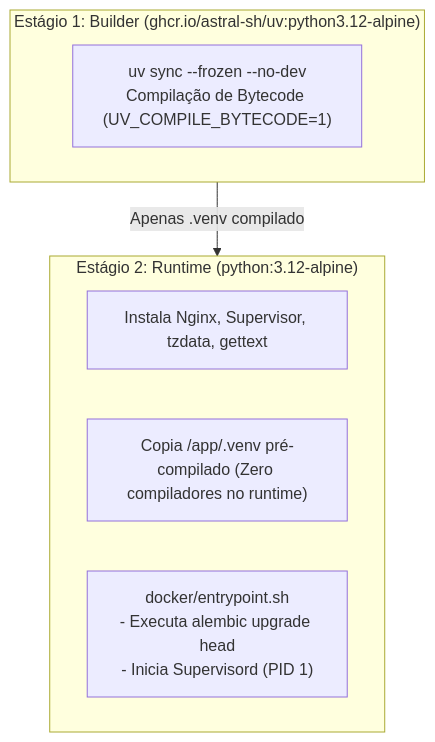
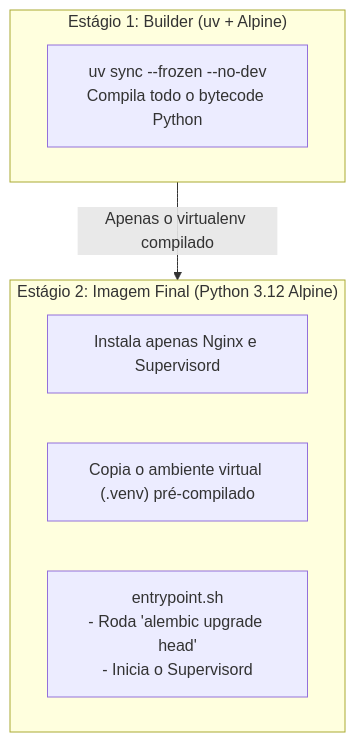
The first of 2 diagrams in docs/deployment.md (JhonatanRian/webhook-payment), drawn with Mermaid before and after one commit. The commit also changed other lines of this file and 12 other files, not shown here.

````diff
--- a/docs/deployment.md
+++ b/docs/deployment.md
@@ -11,14 +11,14 @@
 ```mermaid
 flowchart TD
-    subgraph Builder ["Estágio 1: Builder (ghcr.io/astral-sh/uv:python3.12-alpine)"]
-        SYNC["uv sync --frozen --no-dev\nCompilação de Bytecode (UV_COMPILE_BYTECODE=1)"]
+    subgraph Builder ["Estágio 1: Builder (uv + Alpine)"]
+        SYNC["uv sync --frozen --no-dev\nCompila todo o bytecode Python"]
     end
 
-    subgraph Runtime ["Estágio 2: Runtime (python:3.12-alpine)"]
-        PKGS["Instala Nginx, Supervisor, tzdata, gettext"]
-        COPY["Copia /app/.venv pré-compilado (Zero compiladores no runtime)"]
-        ENTRY["docker/entrypoint.sh\n- Executa alembic upgrade head\n- Inicia Supervisord (PID 1)"]
+    subgraph Runtime ["Estágio 2: Imagem Final (Python 3.12 Alpine)"]
+        PKGS["Instala apenas Nginx e Supervisord"]
+        COPY["Copia o ambiente virtual (.venv) pré-compilado"]
+        ENTRY["entrypoint.sh\n- Roda 'alembic upgrade head'\n- Inicia o Supervisord"]
     end
 
-    Builder -->|Apenas .venv compilado| Runtime
+    Builder -->|"Apenas o virtualenv compilado"| Runtime
 ```
````
